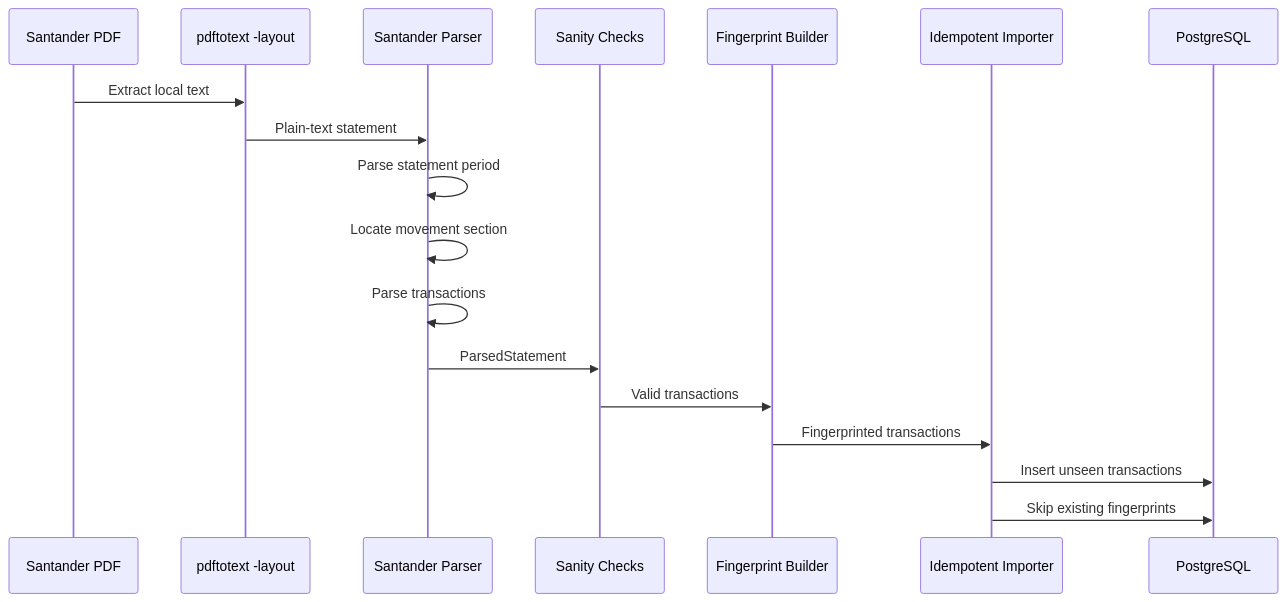
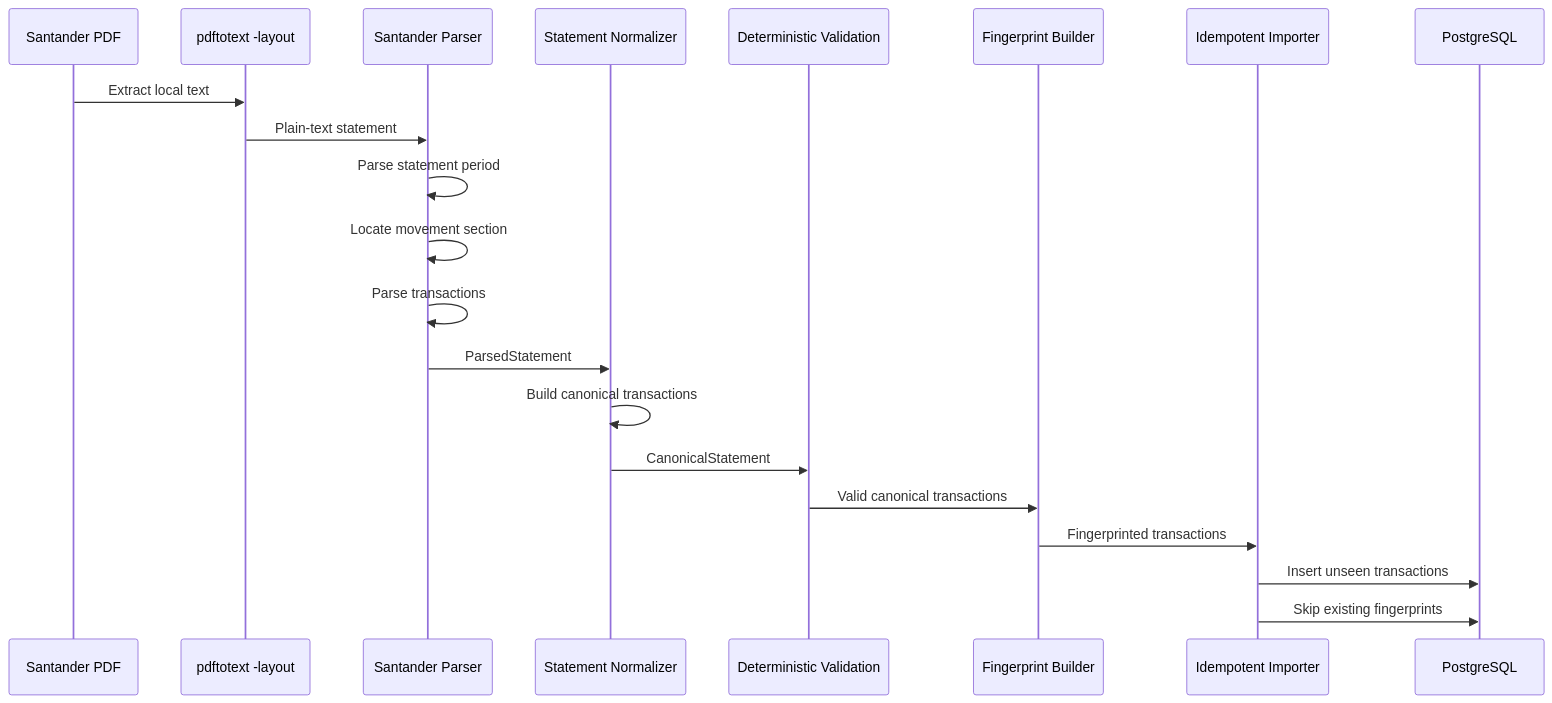
One commit to daniel-carneiro-nascimento/sherlock-home changed the sixth of 6 diagrams in docs/architecture.md. Above: the diagram before and after it, drawn with Mermaid. The commit also changed other lines of this file and 3 other files, not shown here.

````diff
--- a/docs/architecture.md
+++ b/docs/architecture.md
@@ -649,22 +797,25 @@
 ```mermaid
 sequenceDiagram
 
     participant PDF as Santander PDF
     participant Extract as pdftotext -layout
     participant Parser as Santander Parser
-    participant Validate as Sanity Checks
+    participant Normalize as Statement Normalizer
+    participant Validate as Deterministic Validation
     participant FP as Fingerprint Builder
     participant Import as Idempotent Importer
     participant DB as PostgreSQL
 
     PDF->>Extract: Extract local text
     Extract->>Parser: Plain-text statement
     Parser->>Parser: Parse statement period
     Parser->>Parser: Locate movement section
     Parser->>Parser: Parse transactions
-    Parser->>Validate: ParsedStatement
-    Validate->>FP: Valid transactions
+    Parser->>Normalize: ParsedStatement
+    Normalize->>Normalize: Build canonical transactions
+    Normalize->>Validate: CanonicalStatement
+    Validate->>FP: Valid canonical transactions
     FP->>Import: Fingerprinted transactions
     Import->>DB: Insert unseen transactions
     Import->>DB: Skip existing fingerprints
 ```
````
